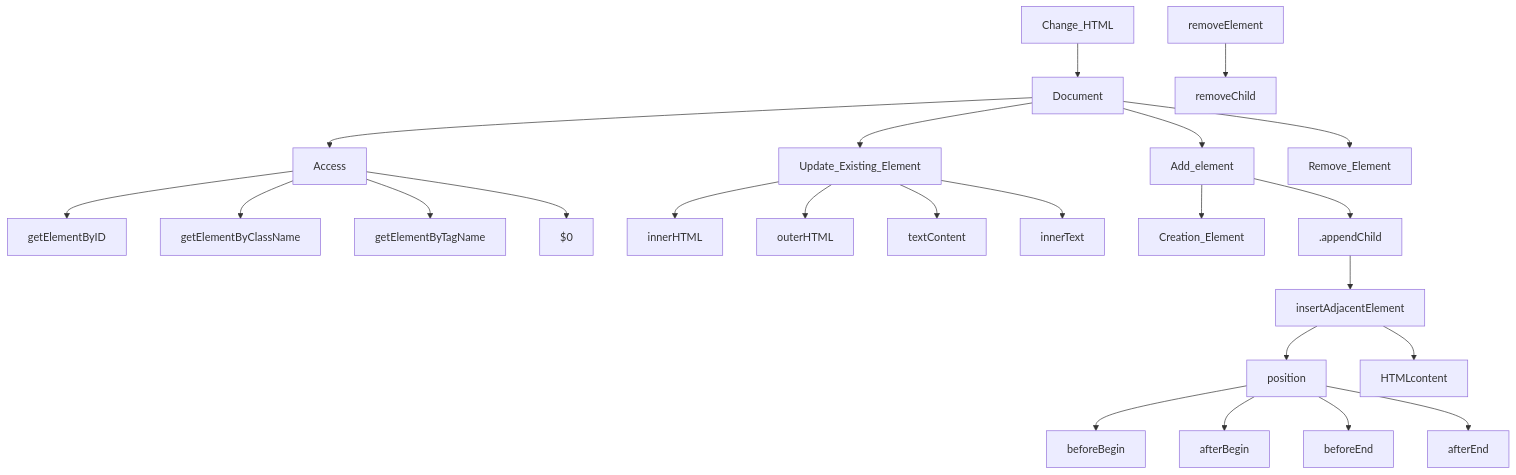
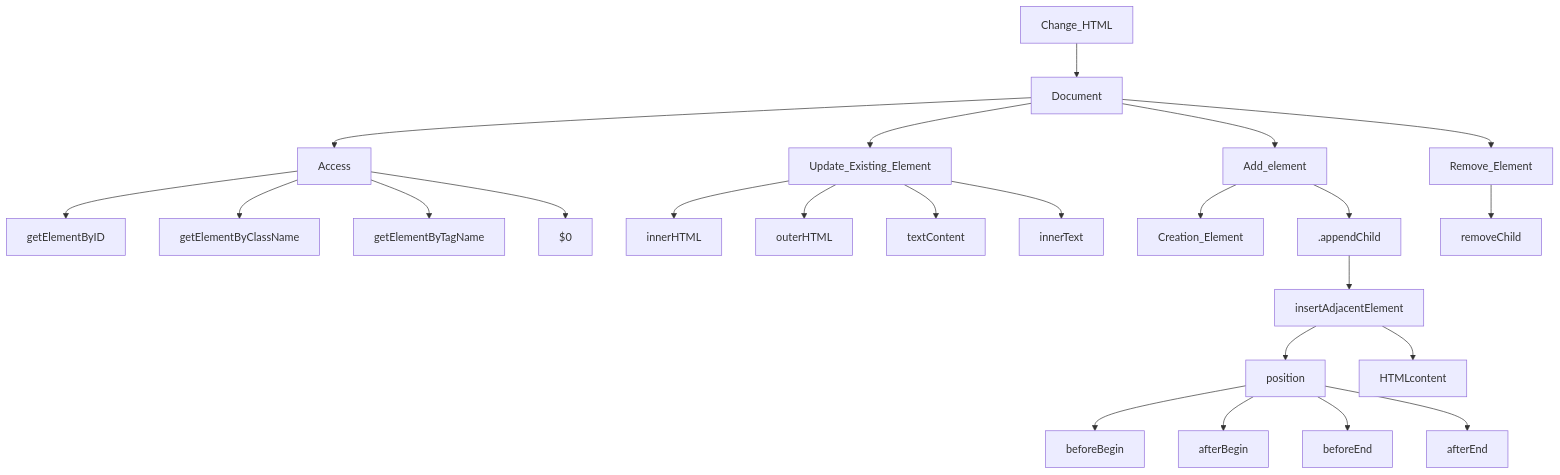
One commit to Sachinyadav02/JavaScript-Notes changed the second of 2 diagrams in DOM.md. Above: the diagram before and after it, drawn with Mermaid.

````diff
--- a/DOM.md
+++ b/DOM.md
@@ -29,29 +29,29 @@
 ```mermaid
 graph TB;
 
     Change_HTML --> Document;
     Document --> Access;
     Access --> getElementByID;
     Access --> getElementByClassName;
     Access --> getElementByTagName;
     Access --> $0;
     Document --> Update_Existing_Element;
     Update_Existing_Element --> innerHTML;
     Update_Existing_Element --> outerHTML;
     Update_Existing_Element --> textContent;
     Update_Existing_Element --> innerText;
     Document --> Add_element;
     Add_element --> Creation_Element;
     Add_element --> .appendChild;
     .appendChild --> insertAdjacentElement;
     insertAdjacentElement --> position;
     insertAdjacentElement --> HTMLcontent
     position --> beforeBegin;
     position --> afterBegin;
     position --> beforeEnd;
     position --> afterEnd;
     Document --> Remove_Element;
-    removeElement --> removeChild;
+    Remove_Element --> removeChild;
 
 
 ```
````
